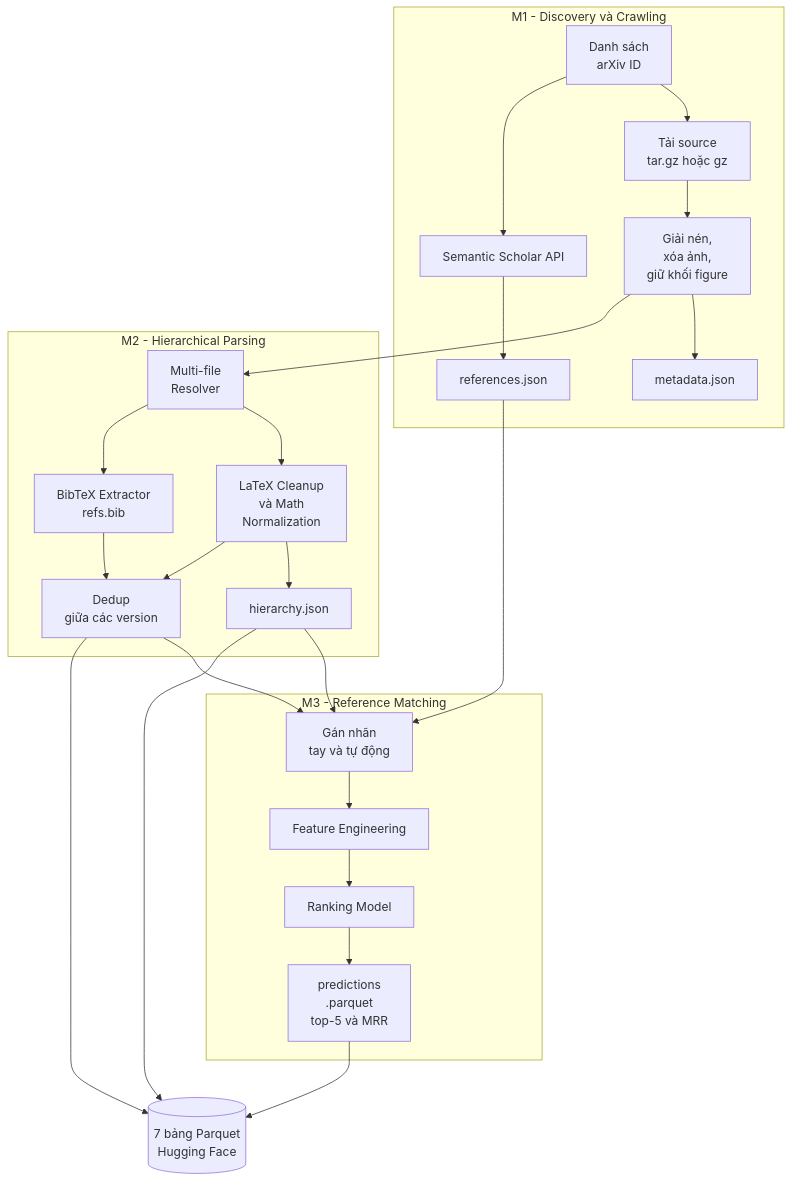
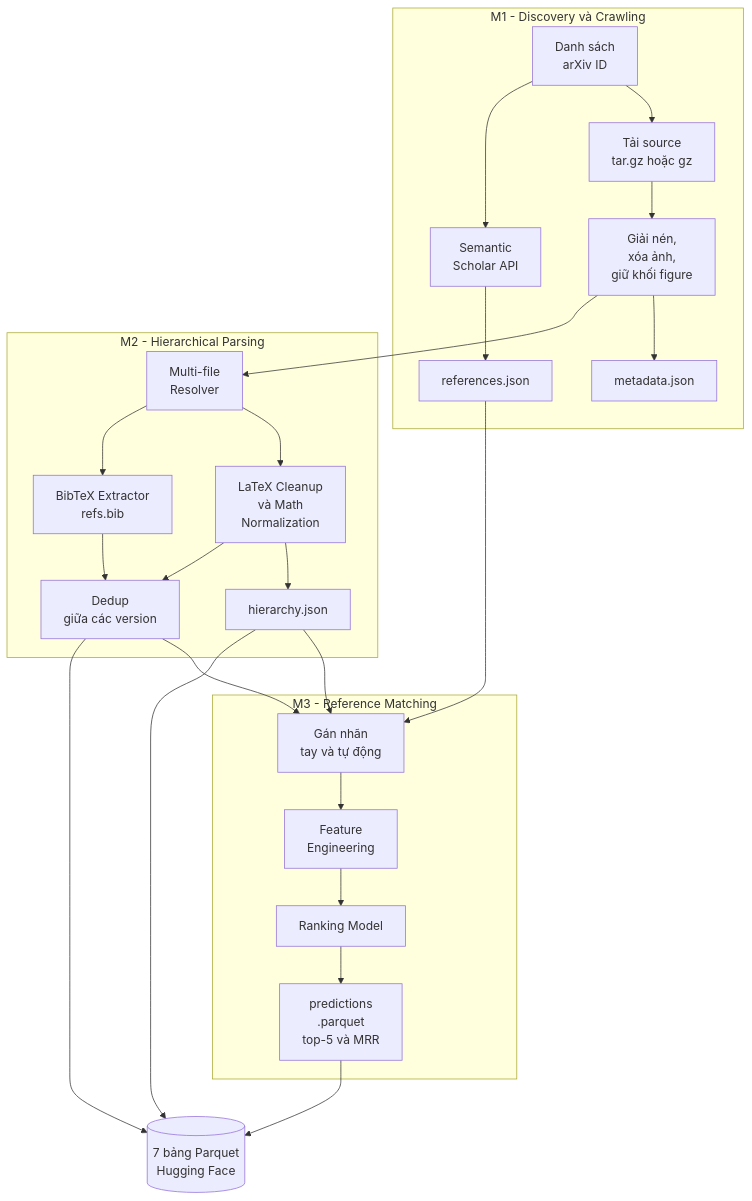
One commit to tkiet06-us/Intro2DS---ArXiv-Project changed the diagram in README.md. Above: the diagram before and after it, drawn with Mermaid.

Commit message:
P1-01: create Github repo and project framework

````diff
--- a/README.md
+++ b/README.md
@@ -69,29 +69,29 @@
 ```mermaid
 flowchart TD
     subgraph M1["M1 - Discovery và Crawling"]
         A["Danh sách <br> arXiv ID"] --> B["Tải source<br/>tar.gz hoặc gz"]
         B --> C["Giải nén,<br/>xóa ảnh,<br/>giữ khối figure"]
         C --> D["metadata.json"]
-        A --> E["Semantic Scholar API"]
+        A --> E["Semantic <br> Scholar API"]
         E --> F["references.json"]
     end
     subgraph M2["M2 - Hierarchical Parsing"]
         C --> G["Multi-file<br/>Resolver"]
         G --> H["LaTeX Cleanup<br/>và Math<br/>Normalization"]
         H --> I["hierarchy.json"]
         G --> J["BibTeX Extractor<br/>refs.bib"]
         H --> K["Dedup<br/>giữa các version"]
         J --> K
     end
     subgraph M3["M3 - Reference Matching"]
         I --> L["Gán nhãn<br/>tay và tự động"]
         K --> L
         F --> L
-        L --> FE["Feature Engineering"]
+        L --> FE["Feature <br> Engineering"]
         FE --> RM["Ranking Model"]
         RM --> PR["predictions<br/>.parquet<br/>top-5 và MRR"]
     end
     PR --> HF[("7 bảng Parquet<br/>Hugging Face")]
     K --> HF
     I --> HF
 ```
````
